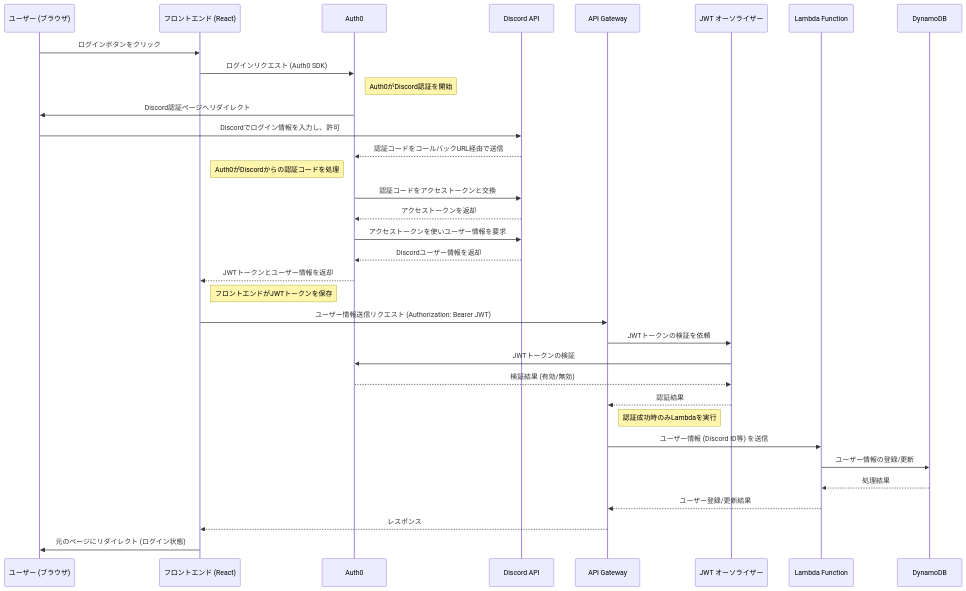
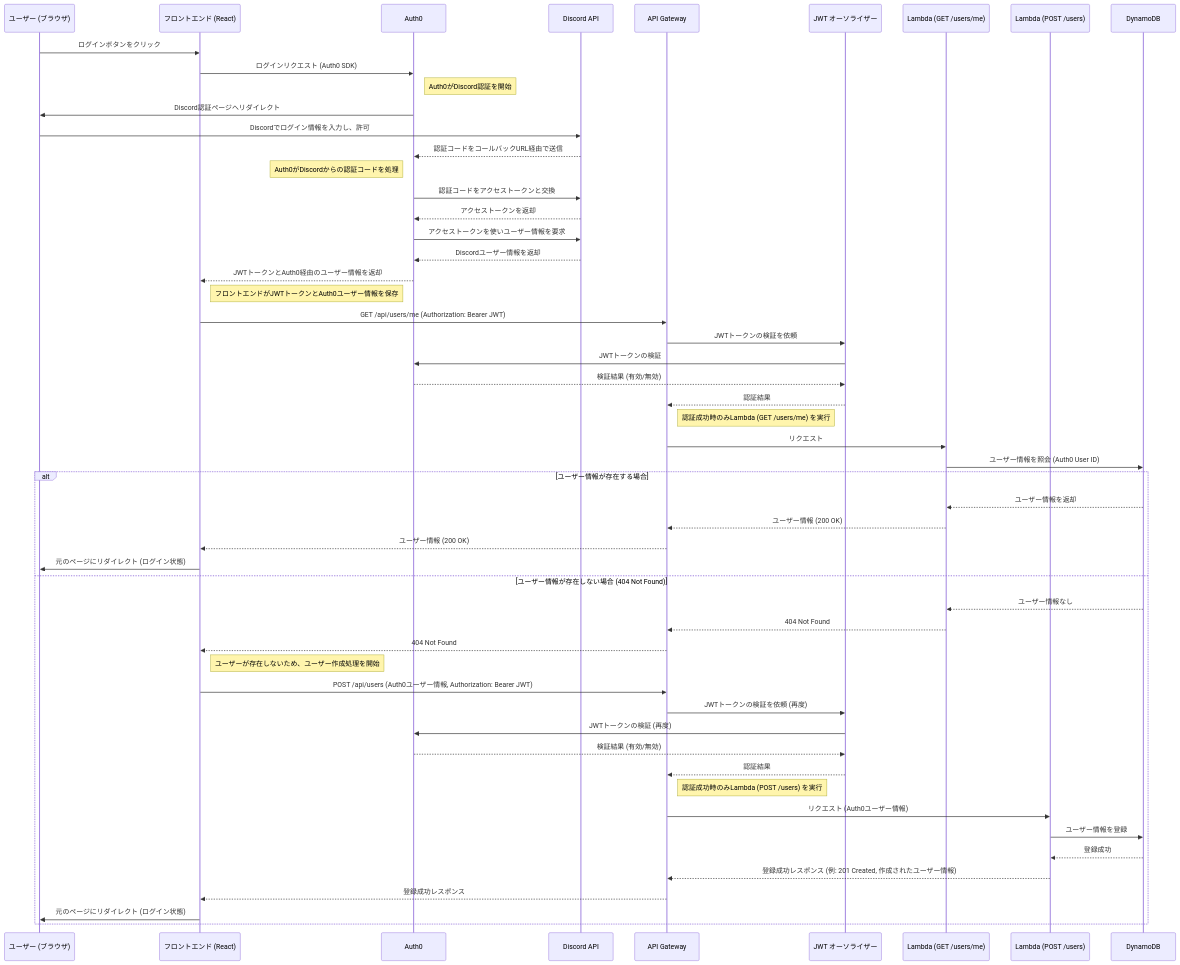
The diagram in docs/mvp/シーケンス図/ログイン処理.md (rikarazome/unitemate-v2), drawn with Mermaid before and after one commit.

Commit message:
docs: ログイン処理フローの修正

````diff
--- a/docs/mvp/シーケンス図/ログイン処理.md
+++ b/docs/mvp/シーケンス図/ログイン処理.md
@@ -1,38 +1,60 @@
 ```mermaid
 sequenceDiagram
     participant User as ユーザー (ブラウザ)
     participant Frontend as フロントエンド (React)
     participant Auth0 as Auth0
     participant Discord as Discord API
     participant APIGateway as API Gateway
     participant JWTAuth as JWT オーソライザー
-    participant Lambda as Lambda Function
+    participant LambdaGetMe as Lambda (GET /users/me)
+    participant LambdaCreateUser as Lambda (POST /users)
     participant DynamoDB as DynamoDB
 
     User->>Frontend: ログインボタンをクリック
     Frontend->>Auth0: ログインリクエスト (Auth0 SDK)
     note right of Auth0: Auth0がDiscord認証を開始
     Auth0->>User: Discord認証ページへリダイレクト
     User->>Discord: Discordでログイン情報を入力し、許可
     Discord-->>Auth0: 認証コードをコールバックURL経由で送信
     note left of Auth0: Auth0がDiscordからの認証コードを処理
     Auth0->>Discord: 認証コードをアクセストークンと交換
     Discord-->>Auth0: アクセストークンを返却
     Auth0->>Discord: アクセストークンを使いユーザー情報を要求
     Discord-->>Auth0: Discordユーザー情報を返却
-    Auth0-->>Frontend: JWTトークンとユーザー情報を返却
-    note right of Frontend: フロントエンドがJWTトークンを保存
+    Auth0-->>Frontend: JWTトークンとAuth0経由のユーザー情報を返却
+    note right of Frontend: フロントエンドがJWTトークンとAuth0ユーザー情報を保存
 
-    Frontend->>APIGateway: ユーザー情報送信リクエスト (Authorization: Bearer JWT)
+    Frontend->>APIGateway: GET /api/users/me (Authorization: Bearer JWT)
     APIGateway->>JWTAuth: JWTトークンの検証を依頼
     JWTAuth->>Auth0: JWTトークンの検証
     Auth0-->>JWTAuth: 検証結果 (有効/無効)
     JWTAuth-->>APIGateway: 認証結果
-    note right of APIGateway: 認証成功時のみLambdaを実行
-    APIGateway->>Lambda: ユーザー情報 (Discord ID等) を送信
-    Lambda->>DynamoDB: ユーザー情報の登録/更新
-    DynamoDB-->>Lambda: 処理結果
-    Lambda-->>APIGateway: ユーザー登録/更新結果
-    APIGateway-->>Frontend: レスポンス
-    Frontend->>User: 元のページにリダイレクト (ログイン状態)
+    note right of APIGateway: 認証成功時のみLambda (GET /users/me) を実行
+    APIGateway->>LambdaGetMe: リクエスト
+    LambdaGetMe->>DynamoDB: ユーザー情報を照会 (Auth0 User ID)
+
+    alt ユーザー情報が存在する場合
+        DynamoDB-->>LambdaGetMe: ユーザー情報を返却
+        LambdaGetMe-->>APIGateway: ユーザー情報 (200 OK)
+        APIGateway-->>Frontend: ユーザー情報 (200 OK)
+        Frontend->>User: 元のページにリダイレクト (ログイン状態)
+    else ユーザー情報が存在しない場合 (404 Not Found)
+        DynamoDB-->>LambdaGetMe: ユーザー情報なし
+        LambdaGetMe-->>APIGateway: 404 Not Found
+        APIGateway-->>Frontend: 404 Not Found
+
+        note right of Frontend: ユーザーが存在しないため、ユーザー作成処理を開始
+        Frontend->>APIGateway: POST /api/users (Auth0ユーザー情報, Authorization: Bearer JWT)
+        APIGateway->>JWTAuth: JWTトークンの検証を依頼 (再度)
+        JWTAuth->>Auth0: JWTトークンの検証 (再度)
+        Auth0-->>JWTAuth: 検証結果 (有効/無効)
+        JWTAuth-->>APIGateway: 認証結果
+        note right of APIGateway: 認証成功時のみLambda (POST /users) を実行
+        APIGateway->>LambdaCreateUser: リクエスト (Auth0ユーザー情報)
+        LambdaCreateUser->>DynamoDB: ユーザー情報を登録
+        DynamoDB-->>LambdaCreateUser: 登録成功
+        LambdaCreateUser-->>APIGateway: 登録成功レスポンス (例: 201 Created, 作成されたユーザー情報)
+        APIGateway-->>Frontend: 登録成功レスポンス
+        Frontend->>User: 元のページにリダイレクト (ログイン状態)
+    end
 ```
````
